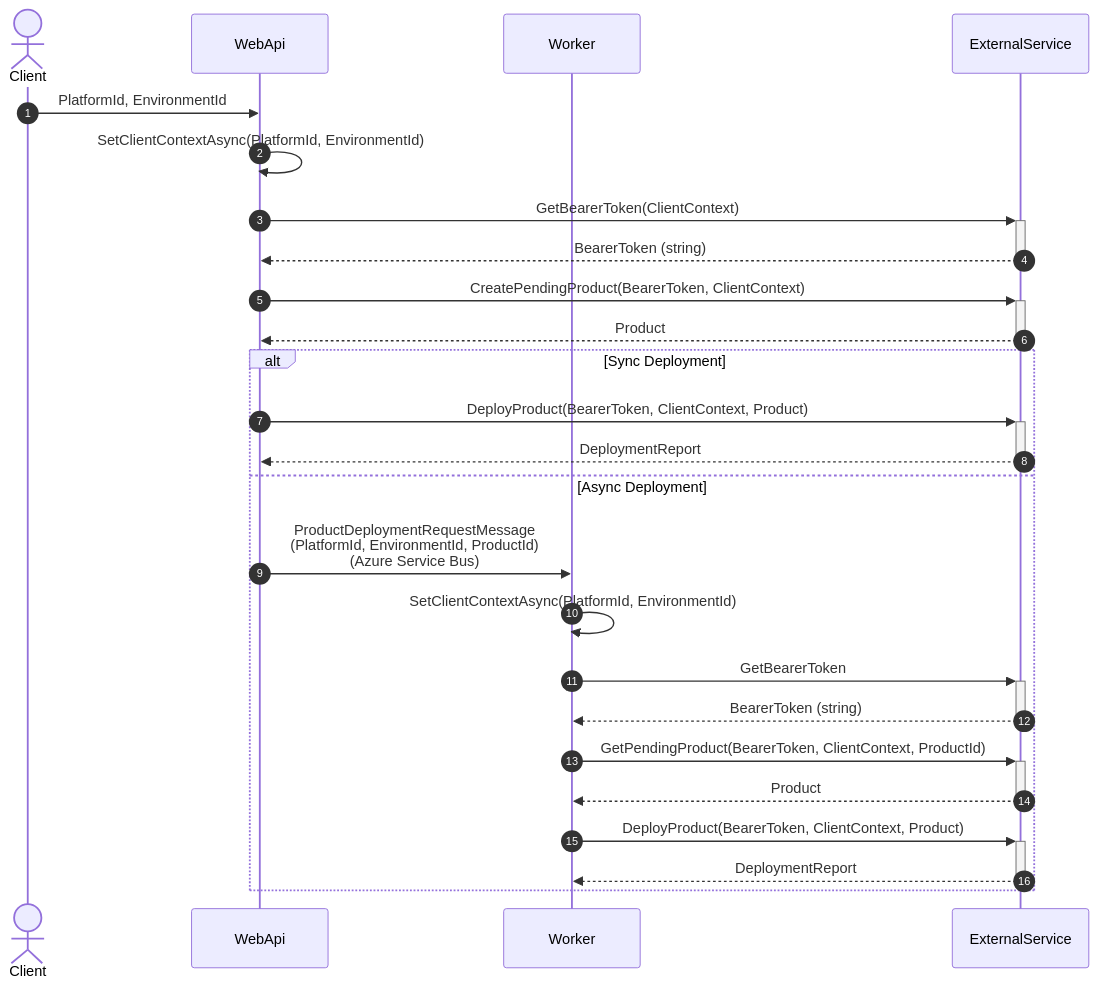
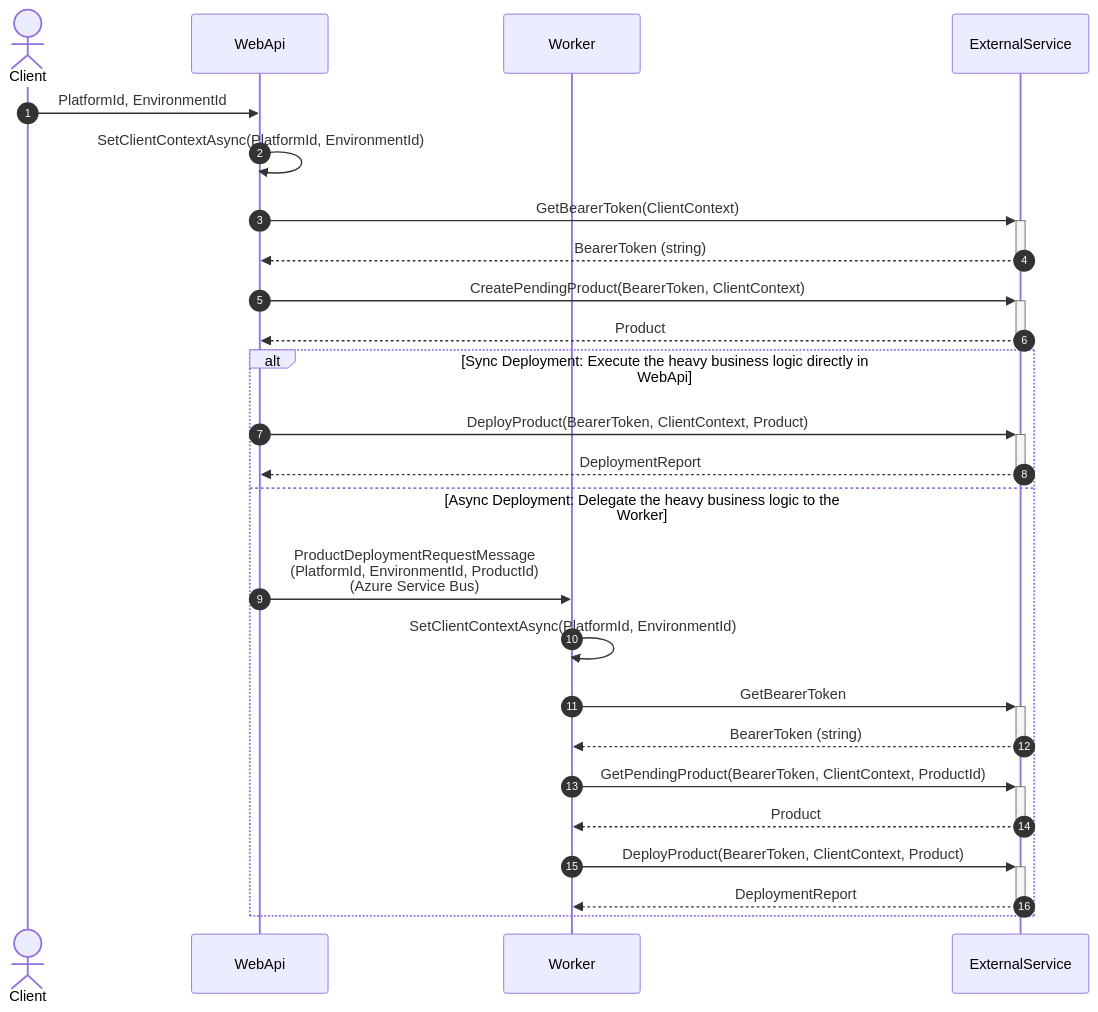
Before and after one commit to duongphuhiep/WorkerBusDemo: the diagram in README.md, drawn with Mermaid. The commit also changed other lines of this file, not shown here.

````diff
--- a/README.md
+++ b/README.md
@@ -63,31 +75,31 @@
 ```mermaid
 sequenceDiagram
 autonumber
 actor Client
 participant  WebApi
 participant  Worker
 participant  ExternalService
 
 Client->>WebApi: PlatformId, EnvironmentId
 
 WebApi->>WebApi: SetClientContextAsync(PlatformId, EnvironmentId)
 WebApi->>+ExternalService: GetBearerToken(ClientContext)
 ExternalService-->>-WebApi: BearerToken (string)
 WebApi->>+ExternalService: CreatePendingProduct(BearerToken, ClientContext)
 ExternalService-->>-WebApi: Product
 
-alt Sync Deployment
+alt Sync Deployment: Execute the heavy business logic directly in WebApi
     WebApi->>+ExternalService: DeployProduct(BearerToken, ClientContext, Product)
     ExternalService-->>-WebApi: DeploymentReport
 
-else Async Deployment
+else Async Deployment: Delegate the heavy business logic to the Worker
     WebApi->>Worker: ProductDeploymentRequestMessage<br>(PlatformId, EnvironmentId, ProductId) <br>(Azure Service Bus)
     Worker->>Worker: SetClientContextAsync(PlatformId, EnvironmentId)
     Worker->>+ExternalService: GetBearerToken
     ExternalService-->>-Worker: BearerToken (string)
     Worker->>+ExternalService: GetPendingProduct(BearerToken, ClientContext, ProductId)
     ExternalService-->>-Worker: Product
     Worker->>+ExternalService: DeployProduct(BearerToken, ClientContext, Product)
     ExternalService-->>-Worker: DeploymentReport
 end
 ```
````
